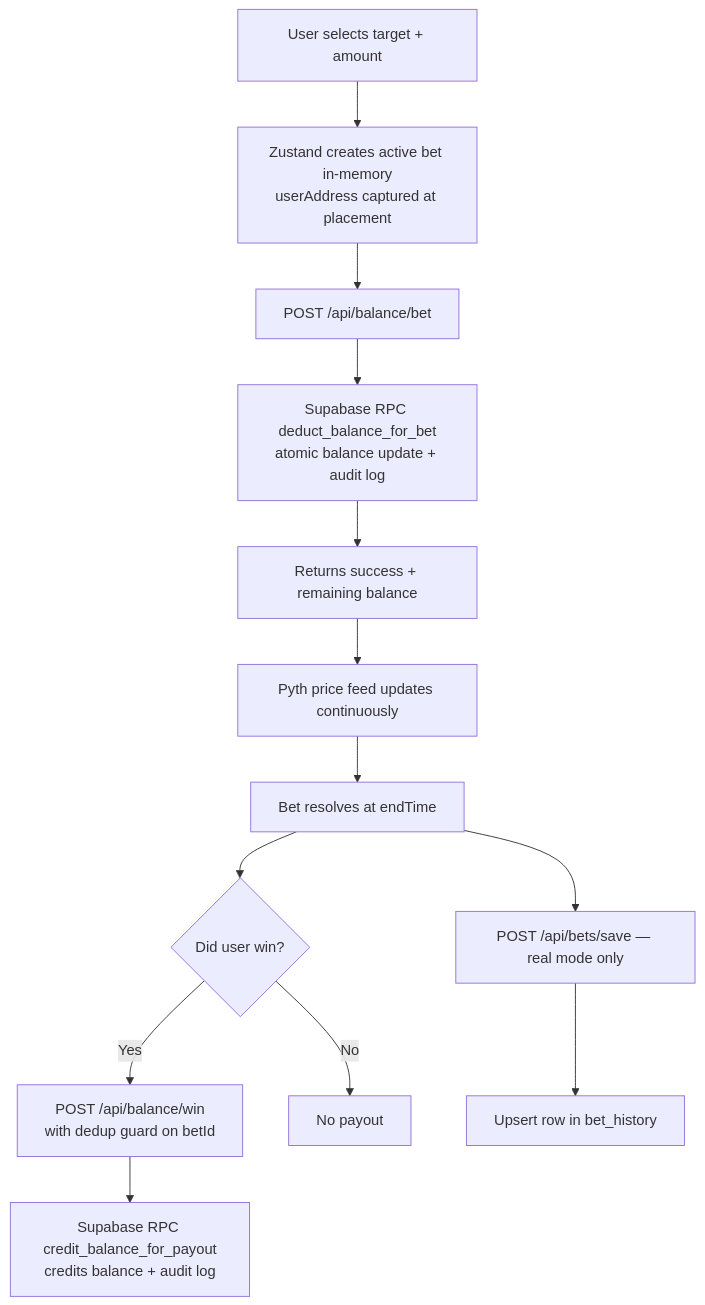
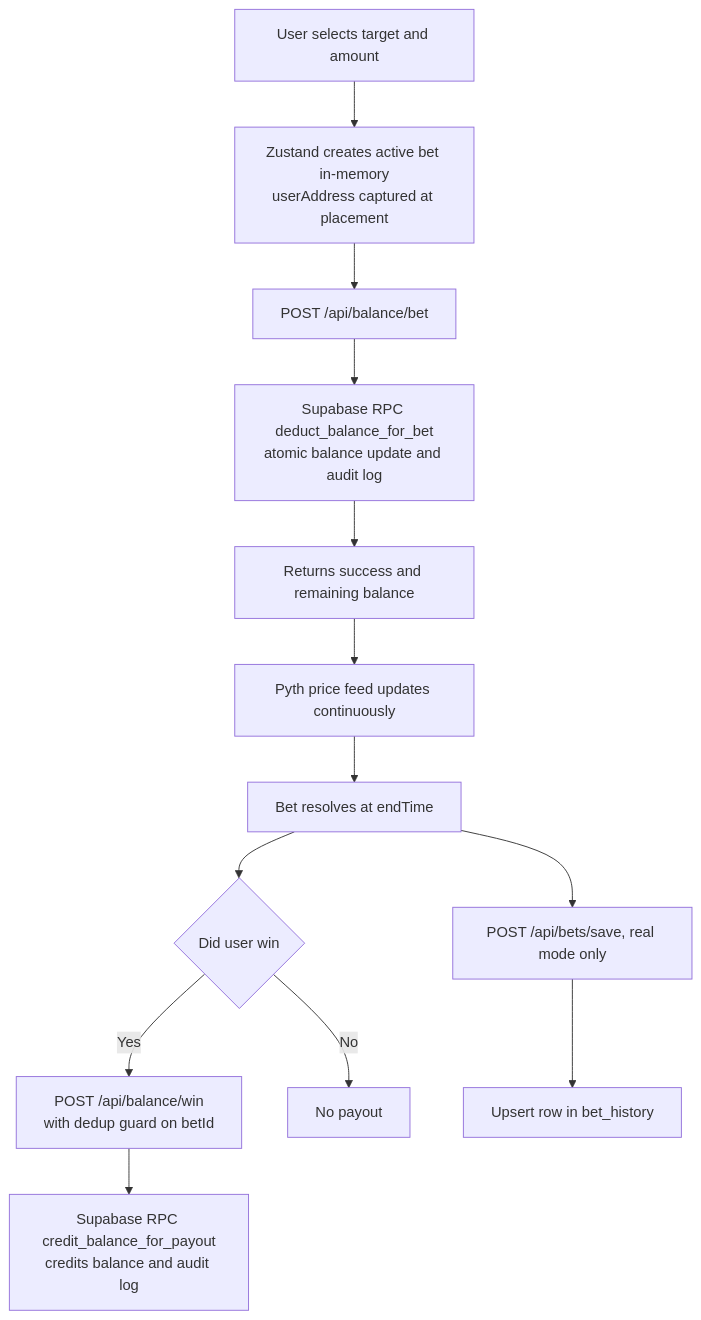
One commit to 0xamaan-dev/Initnomo changed the second of 4 diagrams in README.md. Above: the diagram before and after it, drawn with Mermaid. The commit also changed other lines of this file, not shown here.

Commit message:
mermaid arch issue resolved

````diff
--- a/README.md
+++ b/README.md
@@ -411,18 +411,18 @@
 ```mermaid
 flowchart TD
-  A[User selects target + amount] --> B[Zustand creates active bet in-memory\nuserAddress captured at placement]
-  B --> C[POST /api/balance/bet]
-  C --> D[Supabase RPC deduct_balance_for_bet\natomic balance update + audit log]
-  D --> E[Returns success + remaining balance]
+  A["User selects target and amount"] --> B["Zustand creates active bet in-memory\nuserAddress captured at placement"]
+  B --> C["POST /api/balance/bet"]
+  C --> D["Supabase RPC deduct_balance_for_bet\natomic balance update and audit log"]
+  D --> E["Returns success and remaining balance"]
 
-  E --> F[Pyth price feed updates continuously]
-  F --> G[Bet resolves at endTime]
+  E --> F["Pyth price feed updates continuously"]
+  F --> G["Bet resolves at endTime"]
 
-  G --> H{Did user win?}
-  H -- Yes --> I[POST /api/balance/win\nwith dedup guard on betId]
-  I --> J[Supabase RPC credit_balance_for_payout\ncredits balance + audit log]
-  H -- No --> K[No payout]
+  G --> H{Did user win}
+  H -- Yes --> I["POST /api/balance/win\nwith dedup guard on betId"]
+  I --> J["Supabase RPC credit_balance_for_payout\ncredits balance and audit log"]
+  H -- No --> K["No payout"]
 
-  G --> L[POST /api/bets/save — real mode only]
-  L --> M[Upsert row in bet_history]
+  G --> L["POST /api/bets/save, real mode only"]
+  L --> M["Upsert row in bet_history"]
 ```
````
